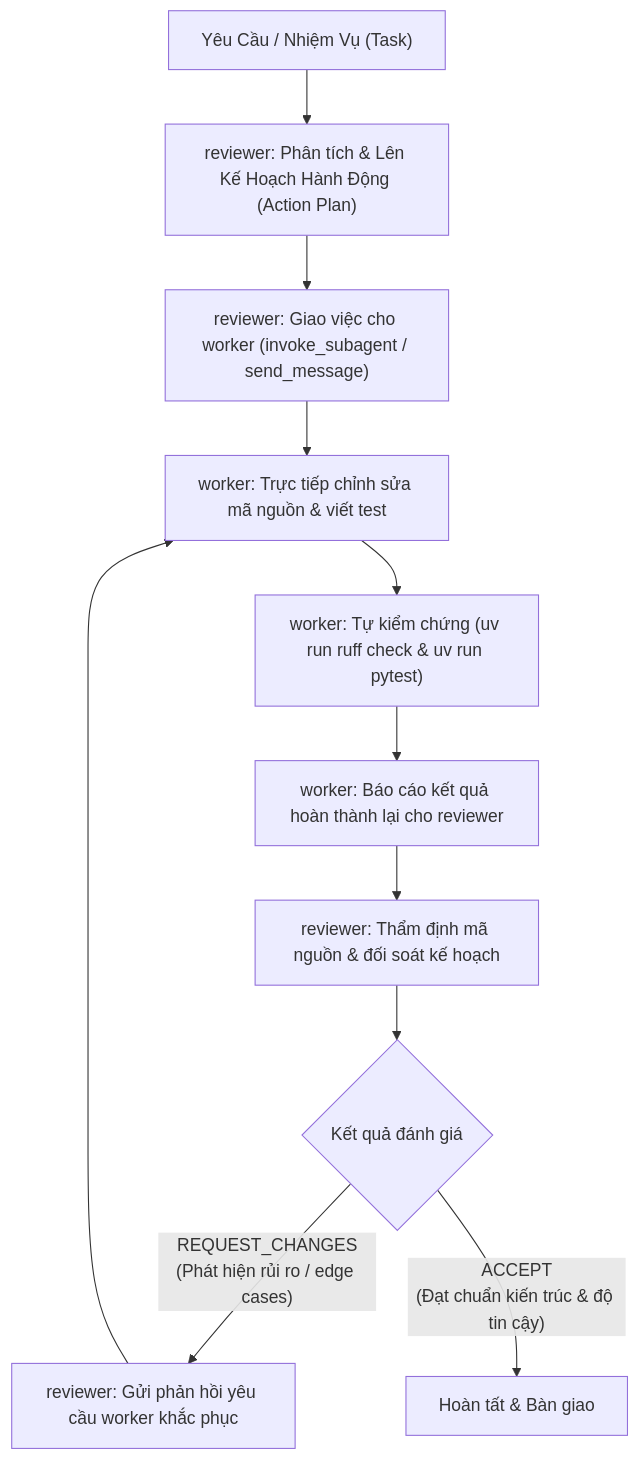
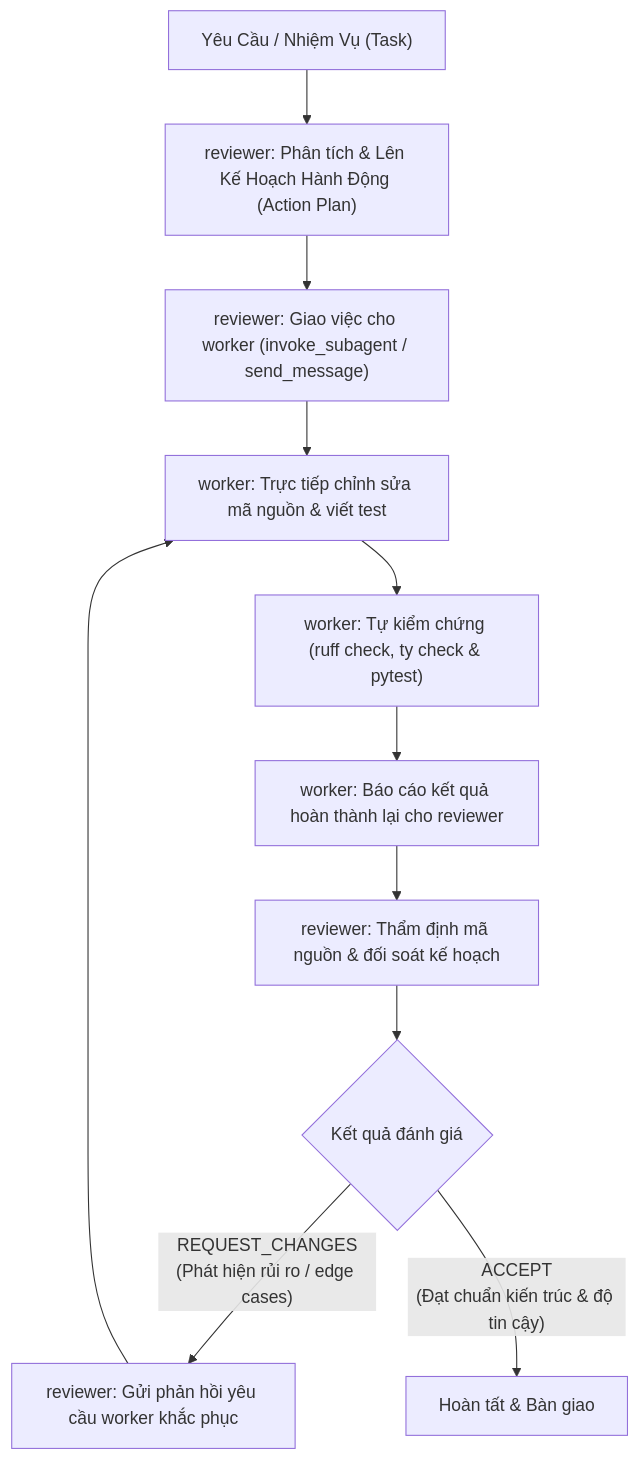
Before and after one commit to Lucifer-02/map_miner: the diagram in AGENTS.md, drawn with Mermaid. The commit also changed other lines of this file and 13 other files, not shown here.

````diff
--- a/AGENTS.md
+++ b/AGENTS.md
@@ -11,13 +11,13 @@
 ```mermaid
 flowchart TD
     A["Yêu Cầu / Nhiệm Vụ (Task)"] --> B["reviewer: Phân tích & Lên Kế Hoạch Hành Động (Action Plan)"]
     B --> C["reviewer: Giao việc cho worker (invoke_subagent / send_message)"]
     C --> D["worker: Trực tiếp chỉnh sửa mã nguồn & viết test"]
-    D --> E["worker: Tự kiểm chứng (uv run ruff check & uv run pytest)"]
+    D --> E["worker: Tự kiểm chứng (ruff check, ty check & pytest)"]
     E --> F["worker: Báo cáo kết quả hoàn thành lại cho reviewer"]
     F --> G["reviewer: Thẩm định mã nguồn & đối soát kế hoạch"]
     G --> H{"Kết quả đánh giá"}
     H -- "REQUEST_CHANGES\n(Phát hiện rủi ro / edge cases)" --> I["reviewer: Gửi phản hồi yêu cầu worker khắc phục"]
     I --> D
     H -- "ACCEPT\n(Đạt chuẩn kiến trúc & độ tin cậy)" --> J["Hoàn tất & Bàn giao"]
 ```
````
